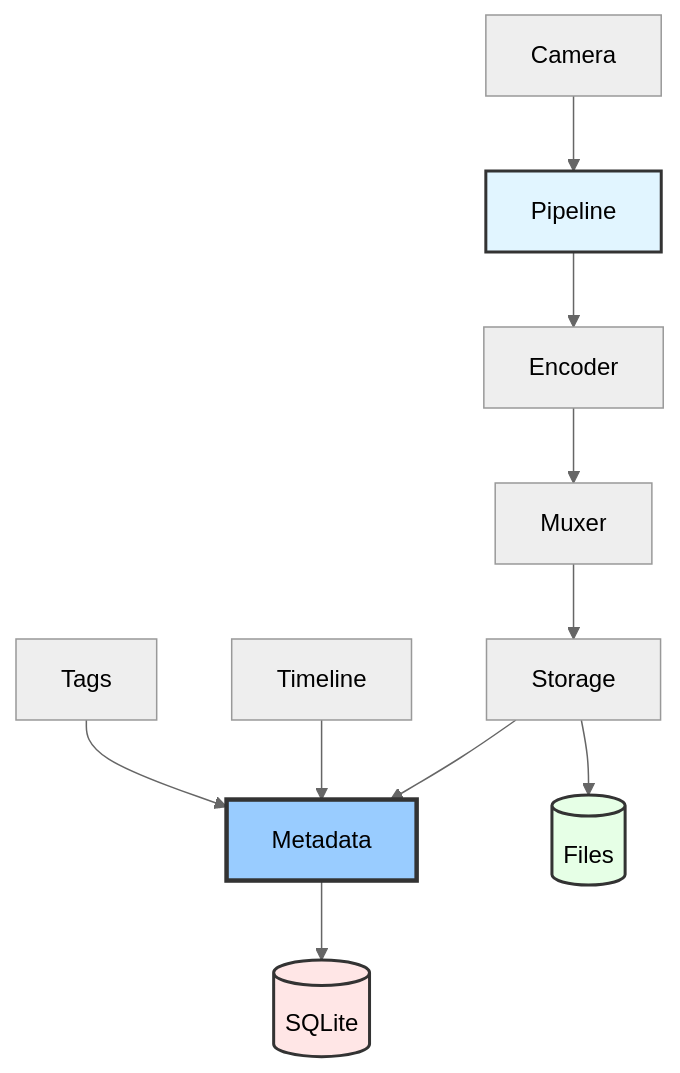
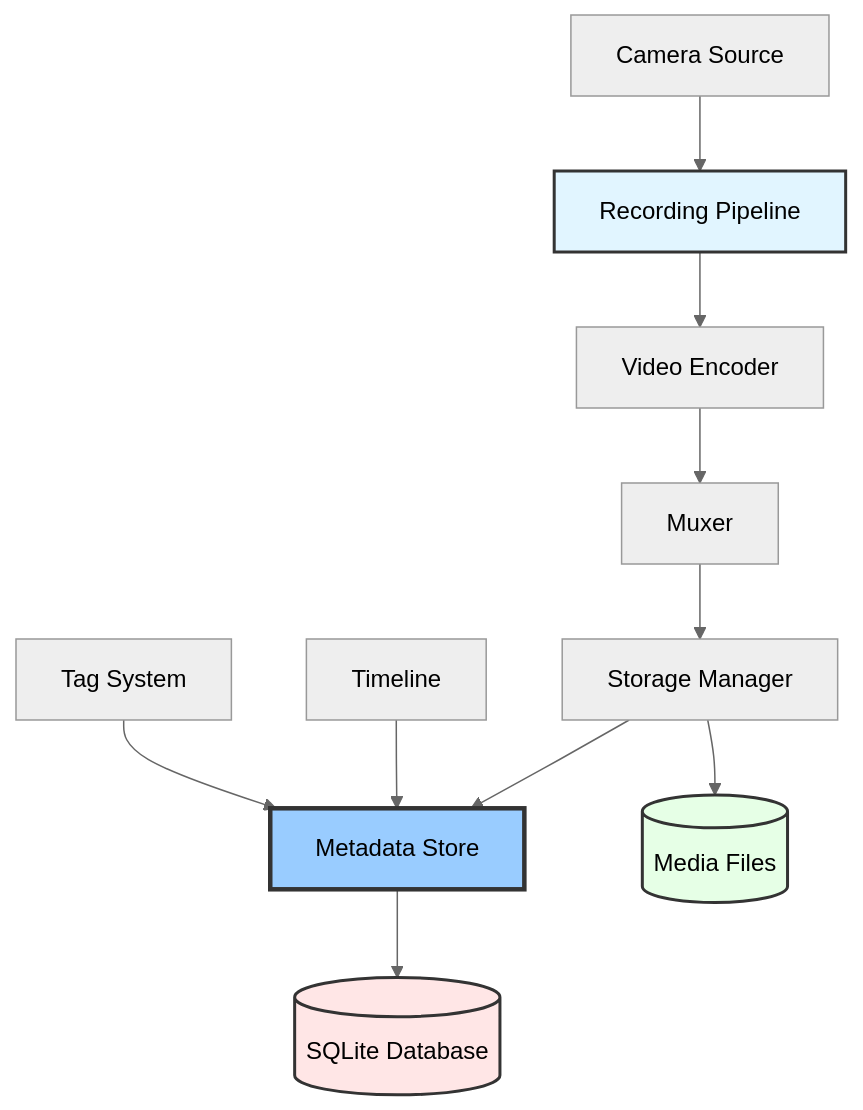
One commit to JayeshKakkad-Rotoclear/Rotoclear-C-Pro-Docs changed the diagram in docs/camera/recording.md. Above: the diagram before and after it, drawn with Mermaid (neutral theme). The commit also changed 12 other files, not shown here.

Commit message:
Fix all Mermaid diagrams with proper complete labels - Fixed text bundling issues by using proper full labels - Removed overly abbreviated text that caused code formatting - All node labels now properly display without being truncated - Maintained readability while ensuring proper Mermaid parsing

````diff
--- a/docs/camera/recording.md
+++ b/docs/camera/recording.md
@@ -9,19 +9,19 @@
 ```mermaid
 graph TB
-    Camera[Camera] --> Pipeline[Pipeline]
-    Pipeline --> Encoder[Encoder]
+    Camera[Camera Source] --> Pipeline[Recording Pipeline]
+    Pipeline --> Encoder[Video Encoder]
     Encoder --> Muxer[Muxer]
-    Muxer --> Storage[Storage]
+    Muxer --> Storage[Storage Manager]
     
-    Tags[Tags] --> Metadata[Metadata]
+    Tags[Tag System] --> Metadata[Metadata Store]
     Timeline[Timeline] --> Metadata
     Storage --> Metadata
     
-    Metadata --> SQLite[(SQLite)]
-    Storage --> Files[(Files)]
+    Metadata --> SQLite[(SQLite Database)]
+    Storage --> Files[(Media Files)]
     
     style Pipeline fill:#e1f5ff,stroke:#333,stroke-width:2px
     style Metadata fill:#99ccff,stroke:#333,stroke-width:3px
     style SQLite fill:#ffe6e6,stroke:#333,stroke-width:2px
     style Files fill:#e6ffe6,stroke:#333,stroke-width:2px
 ```
````
